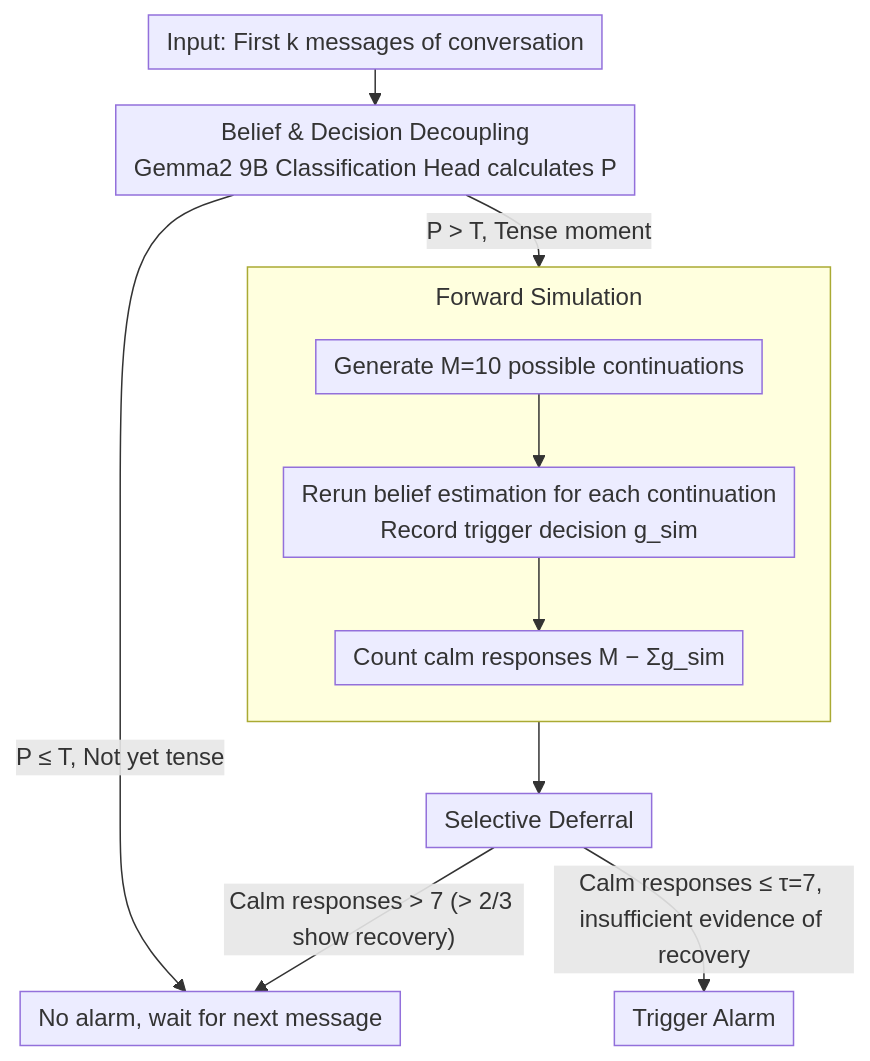
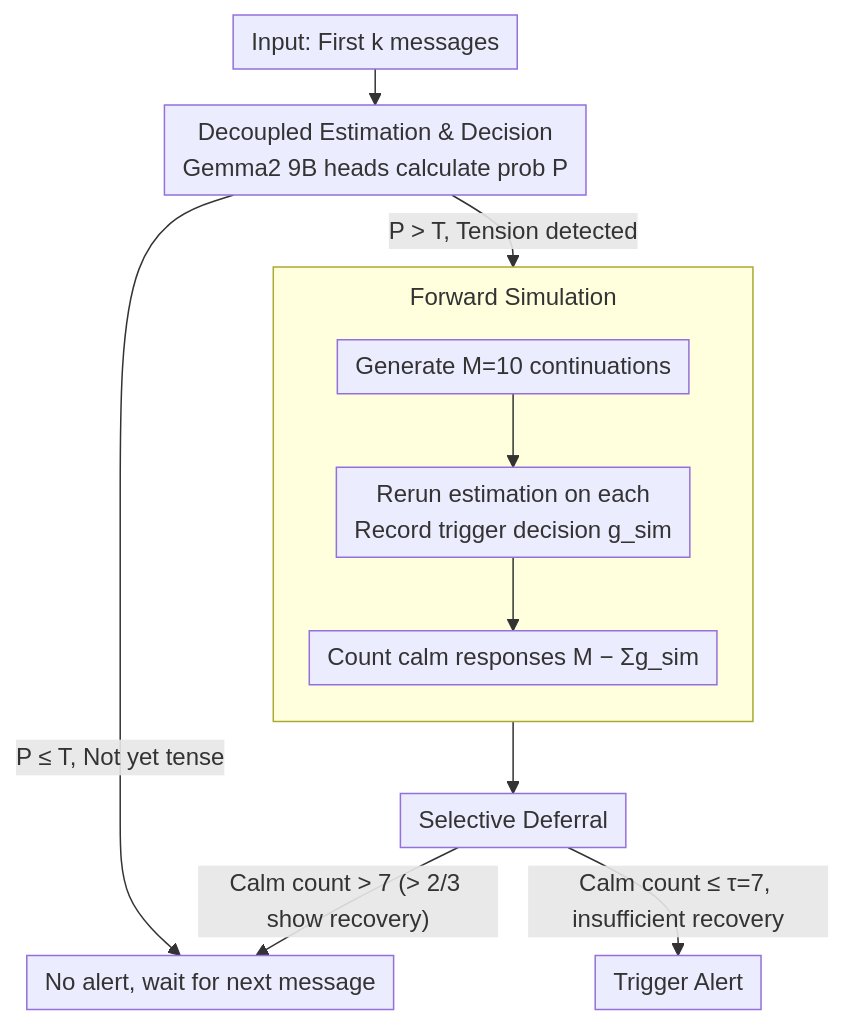
Before and after one commit to zhaoyang97/Paper-Notes-en: the diagram in docs/ACL2026/llm_nlp/wait_theres_a_way_out_a_decision_mechanism_for_forecasting_conversational_derail.md, drawn with Mermaid. The commit also changed other lines of this file and 5084 other files, not shown here.

````diff
--- a/docs/ACL2026/llm_nlp/wait_theres_a_way_out_a_decision_mechanism_for_forecasting_conversational_derail.md
+++ b/docs/ACL2026/llm_nlp/wait_theres_a_way_out_a_decision_mechanism_for_forecasting_conversational_derail.md
@@ -44,15 +44,15 @@
 ```mermaid
 %%{init: {'flowchart': {'rankSpacing': 24, 'nodeSpacing': 28, 'padding': 6, 'wrappingWidth': 400, 'subGraphTitleMargin': {'top': 8, 'bottom': 16}}}}%%
 flowchart TD
-    A["Input: First k messages of conversation"] --> B["Belief & Decision Decoupling<br/>Gemma2 9B Classification Head calculates P"]
-    B -->|"P ≤ T, Not yet tense"| W["No alarm, wait for next message"]
-    B -->|"P > T, Tense moment"| SIM
+    A["Input: First k messages"] --> B["Decoupled Estimation & Decision<br/>Gemma2 9B heads calculate prob P"]
+    B -->|"P ≤ T, Not yet tense"| W["No alert, wait for next message"]
+    B -->|"P > T, Tension detected"| SIM
     subgraph SIM["Forward Simulation"]
         direction TB
-        C["Generate M=10 possible continuations"] --> D["Rerun belief estimation for each continuation<br/>Record trigger decision g_sim"]
+        C["Generate M=10 continuations"] --> D["Rerun estimation on each<br/>Record trigger decision g_sim"]
         D --> E["Count calm responses M − Σg_sim"]
     end
     SIM --> F["Selective Deferral"]
-    F -->|"Calm responses ≤ τ=7, insufficient evidence of recovery"| G["Trigger Alarm"]
-    F -->|"Calm responses > 7 (> 2/3 show recovery)"| W
+    F -->|"Calm count ≤ τ=7, insufficient recovery"| G["Trigger Alert"]
+    F -->|"Calm count > 7 (> 2/3 show recovery)"| W
 ```
````
